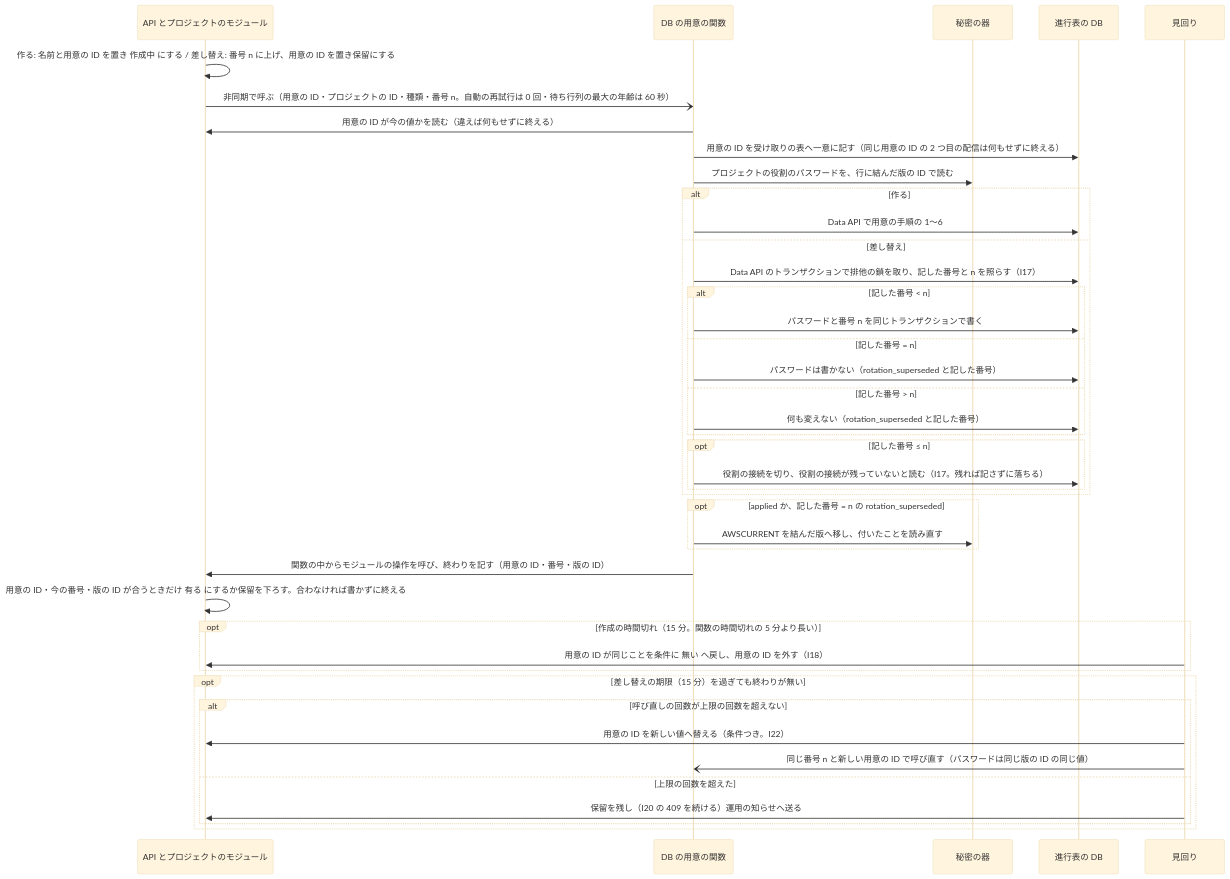
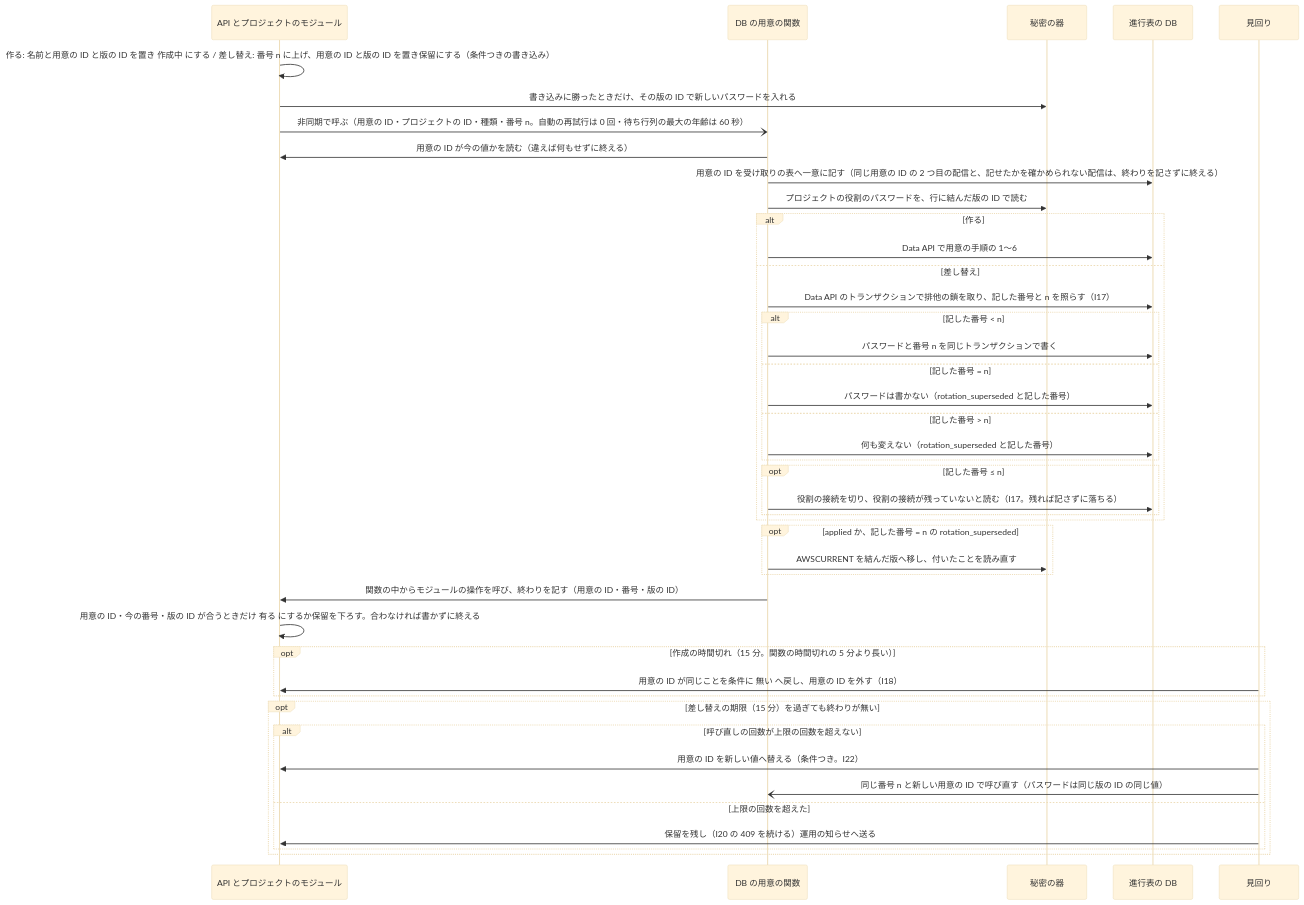
One commit to devbasex/nd-factory changed the second of 2 diagrams in docs/design/data.md. Above: the diagram before and after it, drawn with Mermaid (base theme). The commit also changed other lines of this file and 6 other files, not shown here.

````diff
--- a/docs/design/data.md
+++ b/docs/design/data.md
@@ -257,44 +259,45 @@
 ```mermaid
 sequenceDiagram
     participant API as API とプロジェクトのモジュール
     participant FN as DB の用意の関数
     participant SM as 秘密の器
     participant DB as 進行表の DB
     participant PT as 見回り
-    API->>API: 作る: 名前と用意の ID を置き 作成中 にする / 差し替え: 番号 n に上げ、用意の ID を置き保留にする
+    API->>API: 作る: 名前と用意の ID と版の ID を置き 作成中 にする / 差し替え: 番号 n に上げ、用意の ID と版の ID を置き保留にする（条件つきの書き込み）
+    API->>SM: 書き込みに勝ったときだけ、その版の ID で新しいパスワードを入れる
     API-)FN: 非同期で呼ぶ（用意の ID・プロジェクトの ID・種類・番号 n。自動の再試行は 0 回・待ち行列の最大の年齢は 60 秒）
     FN->>API: 用意の ID が今の値かを読む（違えば何もせずに終える）
-    FN->>DB: 用意の ID を受け取りの表へ一意に記す（同じ用意の ID の 2 つ目の配信は何もせずに終える）
+    FN->>DB: 用意の ID を受け取りの表へ一意に記す（同じ用意の ID の 2 つ目の配信と、記せたかを確かめられない配信は、終わりを記さずに終える）
     FN->>SM: プロジェクトの役割のパスワードを、行に結んだ版の ID で読む
     alt 作る
         FN->>DB: Data API で用意の手順の 1〜6
     else 差し替え
         FN->>DB: Data API のトランザクションで排他の鎖を取り、記した番号と n を照らす（I17）
         alt 記した番号 < n
             FN->>DB: パスワードと番号 n を同じトランザクションで書く
         else 記した番号 = n
             FN->>DB: パスワードは書かない（rotation_superseded と記した番号）
         else 記した番号 > n
             FN->>DB: 何も変えない（rotation_superseded と記した番号）
         end
         opt 記した番号 ≤ n
             FN->>DB: 役割の接続を切り、役割の接続が残っていないと読む（I17。残れば記さずに落ちる）
         end
     end
     opt applied か、記した番号 = n の rotation_superseded
         FN->>SM: AWSCURRENT を結んだ版へ移し、付いたことを読み直す
     end
     FN->>API: 関数の中からモジュールの操作を呼び、終わりを記す（用意の ID・番号・版の ID）
     API->>API: 用意の ID・今の番号・版の ID が合うときだけ 有る にするか保留を下ろす。合わなければ書かずに終える
     opt 作成の時間切れ（15 分。関数の時間切れの 5 分より長い）
         PT->>API: 用意の ID が同じことを条件に 無い へ戻し、用意の ID を外す（I18）
     end
     opt 差し替えの期限（15 分）を過ぎても終わりが無い
         alt 呼び直しの回数が上限の回数を超えない
             PT->>API: 用意の ID を新しい値へ替える（条件つき。I22）
             PT-)FN: 同じ番号 n と新しい用意の ID で呼び直す（パスワードは同じ版の ID の同じ値）
         else 上限の回数を超えた
             PT->>API: 保留を残し（I20 の 409 を続ける）運用の知らせへ送る
         end
     end
 ```
````
